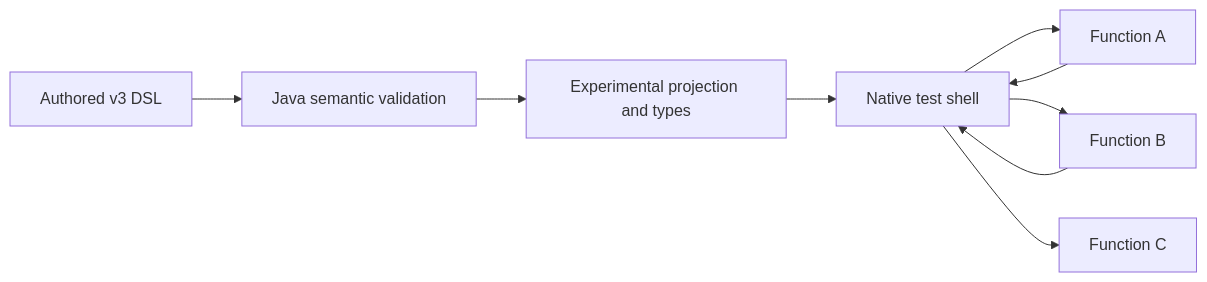
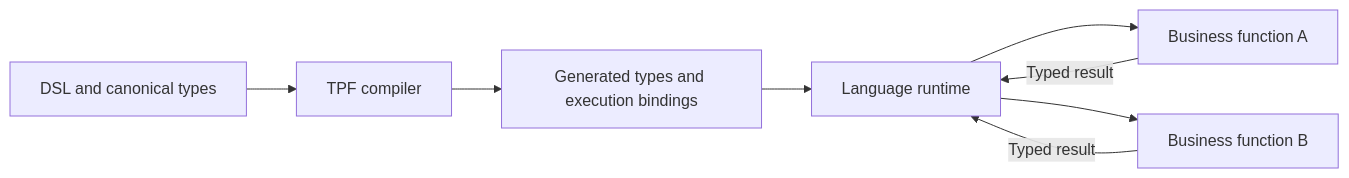
Before and after one commit to The-Pipeline-Framework/pipelineframework: the first of 2 diagrams in docs/evolve/polyglot-applications-assessment.md, drawn with Mermaid. The commit also changed other lines of this file and 1 other file, not shown here.

Commit message:
docs: explain polyglot architecture and move evidence to issues

````diff
--- a/docs/evolve/polyglot-applications-assessment.md
+++ b/docs/evolve/polyglot-applications-assessment.md
@@ -74,11 +24,10 @@
 ```mermaid
 flowchart LR
-    D[Authored v3 DSL] --> C[Java semantic validation]
-    C --> P[Experimental projection and types]
-    P --> N[Native test shell]
-    N --> A[Function A]
-    A --> N
-    N --> B[Function B]
-    B --> N
-    N --> F[Function C]
+    D[DSL and canonical types] --> C[TPF compiler]
+    C --> P[Generated types and execution bindings]
+    P --> R[Language runtime]
+    R --> A[Business function A]
+    A -->|Typed result| R
+    R --> B[Business function B]
+    B -->|Typed result| R
 ```
````
